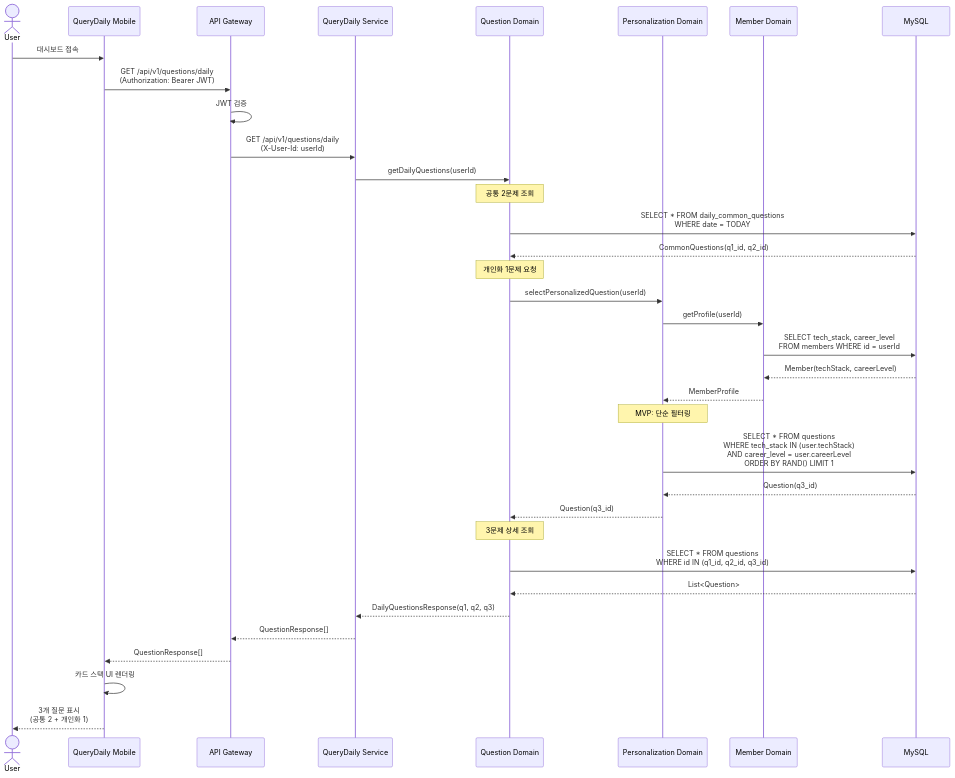
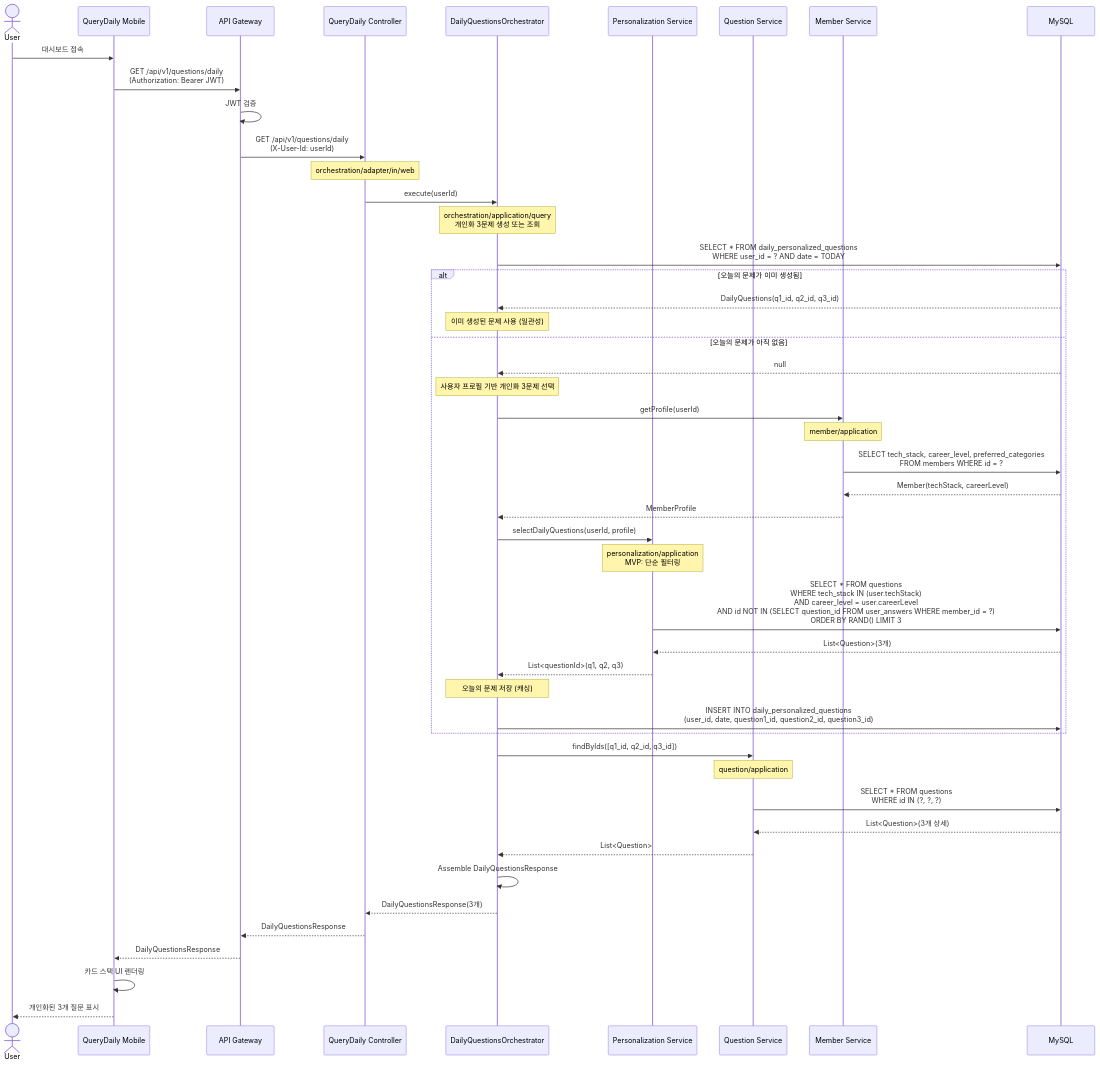
The sixth of 12 diagrams in docs/plan/MOBILE_MVP_ROADMAP.md (AsyncSite/querydaily-frontend), drawn with Mermaid before and after one commit. The commit also changed other lines of this file, not shown here.

First line of the commit message:
refactor: Change daily questions to 3 fully personalized questions

````diff
--- a/docs/plan/MOBILE_MVP_ROADMAP.md
+++ b/docs/plan/MOBILE_MVP_ROADMAP.md
@@ -2047,44 +2069,60 @@
 ```mermaid
 sequenceDiagram
     actor User
     participant Mobile as QueryDaily Mobile
     participant Gateway as API Gateway
-    participant QDService as QueryDaily Service
-    participant QuestionDomain as Question Domain
-    participant PersonalizationDomain as Personalization Domain
-    participant MemberDomain as Member Domain
+    participant Controller as QueryDaily Controller
+    participant Orchestrator as DailyQuestionsOrchestrator
+    participant PersonalizationSvc as Personalization Service
+    participant QuestionSvc as Question Service
+    participant MemberSvc as Member Service
     participant DB as MySQL
 
     User->>Mobile: 대시보드 접속
     Mobile->>Gateway: GET /api/v1/questions/daily<br/>(Authorization: Bearer JWT)
     Gateway->>Gateway: JWT 검증
-    Gateway->>QDService: GET /api/v1/questions/daily<br/>(X-User-Id: userId)
+    Gateway->>Controller: GET /api/v1/questions/daily<br/>(X-User-Id: userId)
 
-    QDService->>QuestionDomain: getDailyQuestions(userId)
+    Note over Controller: orchestration/adapter/in/web
+    Controller->>Orchestrator: execute(userId)
 
-    Note over QuestionDomain: 공통 2문제 조회
-    QuestionDomain->>DB: SELECT * FROM daily_common_questions<br/>WHERE date = TODAY
-    DB-->>QuestionDomain: CommonQuestions(q1_id, q2_id)
+    Note over Orchestrator: orchestration/application/query<br/>개인화 3문제 생성 또는 조회
 
-    Note over QuestionDomain: 개인화 1문제 요청
-    QuestionDomain->>PersonalizationDomain: selectPersonalizedQuestion(userId)
-    PersonalizationDomain->>MemberDomain: getProfile(userId)
-    MemberDomain->>DB: SELECT tech_stack, career_level<br/>FROM members WHERE id = userId
-    DB-->>MemberDomain: Member(techStack, careerLevel)
-    MemberDomain-->>PersonalizationDomain: MemberProfile
+    Orchestrator->>DB: SELECT * FROM daily_personalized_questions<br/>WHERE user_id = ? AND date = TODAY
 
-    Note over PersonalizationDomain: MVP: 단순 필터링
-    PersonalizationDomain->>DB: SELECT * FROM questions<br/>WHERE tech_stack IN (user.techStack)<br/>AND career_level = user.careerLevel<br/>ORDER BY RAND() LIMIT 1
-    DB-->>PersonalizationDomain: Question(q3_id)
-    PersonalizationDomain-->>QuestionDomain: Question(q3_id)
+    alt 오늘의 문제가 이미 생성됨
+        DB-->>Orchestrator: DailyQuestions(q1_id, q2_id, q3_id)
+        Note over Orchestrator: 이미 생성된 문제 사용 (일관성)
+    else 오늘의 문제가 아직 없음
+        DB-->>Orchestrator: null
 
-    Note over QuestionDomain: 3문제 상세 조회
-    QuestionDomain->>DB: SELECT * FROM questions<br/>WHERE id IN (q1_id, q2_id, q3_id)
-    DB-->>QuestionDomain: List<Question>
+        Note over Orchestrator: 사용자 프로필 기반 개인화 3문제 선택
+        Orchestrator->>MemberSvc: getProfile(userId)
+        Note over MemberSvc: member/application
+        MemberSvc->>DB: SELECT tech_stack, career_level, preferred_categories<br/>FROM members WHERE id = ?
+        DB-->>MemberSvc: Member(techStack, careerLevel)
+        MemberSvc-->>Orchestrator: MemberProfile
 
-    QuestionDomain-->>QDService: DailyQuestionsResponse(q1, q2, q3)
-    QDService-->>Gateway: QuestionResponse[]
-    Gateway-->>Mobile: QuestionResponse[]
+        Orchestrator->>PersonalizationSvc: selectDailyQuestions(userId, profile)
+        Note over PersonalizationSvc: personalization/application<br/>MVP: 단순 필터링
+        PersonalizationSvc->>DB: SELECT * FROM questions<br/>WHERE tech_stack IN (user.techStack)<br/>AND career_level = user.careerLevel<br/>AND id NOT IN (SELECT question_id FROM user_answers WHERE member_id = ?)<br/>ORDER BY RAND() LIMIT 3
+        DB-->>PersonalizationSvc: List<Question>(3개)
+        PersonalizationSvc-->>Orchestrator: List<questionId>(q1, q2, q3)
+
+        Note over Orchestrator: 오늘의 문제 저장 (캐싱)
+        Orchestrator->>DB: INSERT INTO daily_personalized_questions<br/>(user_id, date, question1_id, question2_id, question3_id)
+    end
+
+    Orchestrator->>QuestionSvc: findByIds([q1_id, q2_id, q3_id])
+    Note over QuestionSvc: question/application
+    QuestionSvc->>DB: SELECT * FROM questions<br/>WHERE id IN (?, ?, ?)
+    DB-->>QuestionSvc: List<Question>(3개 상세)
+    QuestionSvc-->>Orchestrator: List<Question>
+
+    Orchestrator->>Orchestrator: Assemble DailyQuestionsResponse
+    Orchestrator-->>Controller: DailyQuestionsResponse(3개)
+    Controller-->>Gateway: DailyQuestionsResponse
+    Gateway-->>Mobile: DailyQuestionsResponse
     Mobile->>Mobile: 카드 스택 UI 렌더링
-    Mobile-->>User: 3개 질문 표시<br/>(공통 2 + 개인화 1)
+    Mobile-->>User: 개인화된 3개 질문 표시
 ```
````
